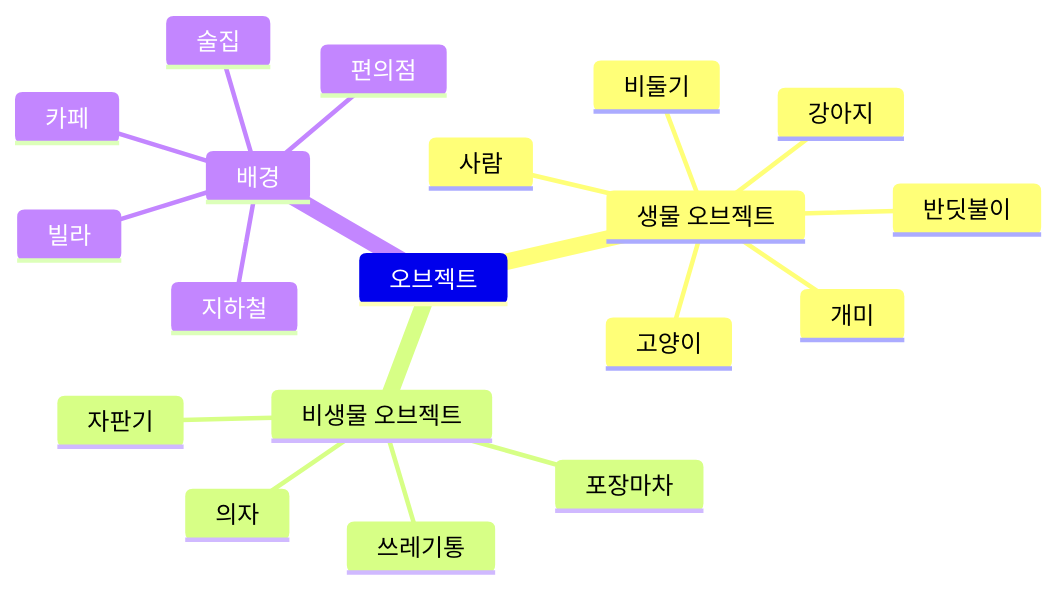
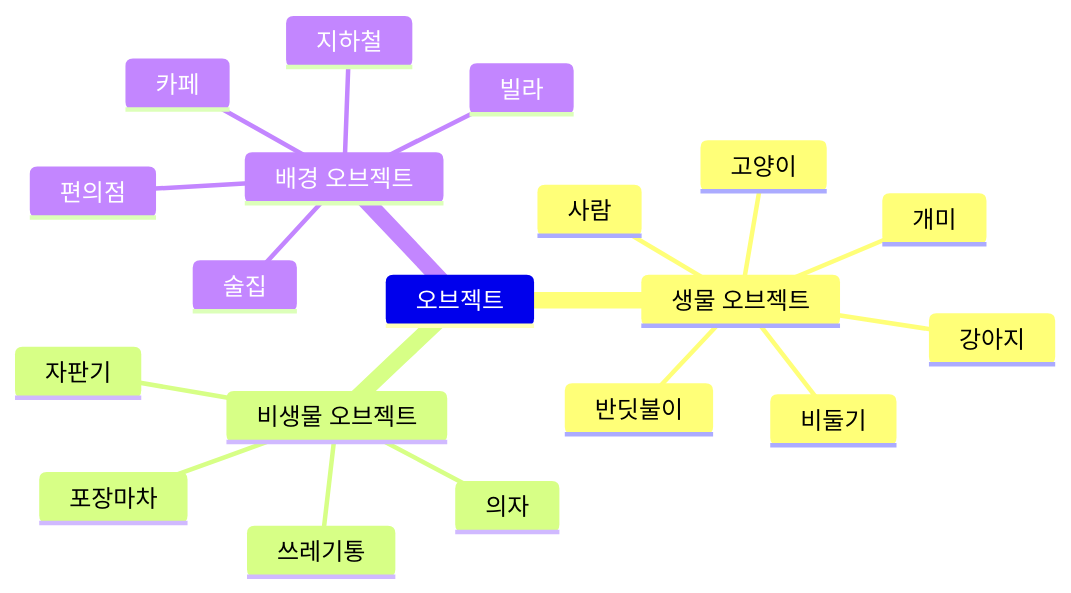
The first of 3 diagrams in _posts/프로그래밍/마일스톤/2024-03-22-armonia-planning.md (hyngng/hynrng.github.io), drawn with Mermaid before and after one commit. The commit also changed 1 other file, not shown here.

Commit message:
Add feed.xml feature

````diff
--- a/_posts/프로그래밍/마일스톤/2024-03-22-armonia-planning.md
+++ b/_posts/프로그래밍/마일스톤/2024-03-22-armonia-planning.md
@@ -51,22 +51,22 @@
 ```mermaid
 mindmap
 오브젝트
     생물 오브젝트
         사람
         강아지
         고양이
         비둘기
         개미
         반딧불이
     비생물 오브젝트
         자판기
         의자
         쓰레기통
         포장마차
-    배경
+    배경 오브젝트
         빌라
         편의점
         카페
         술집
         지하철
 ```
````
